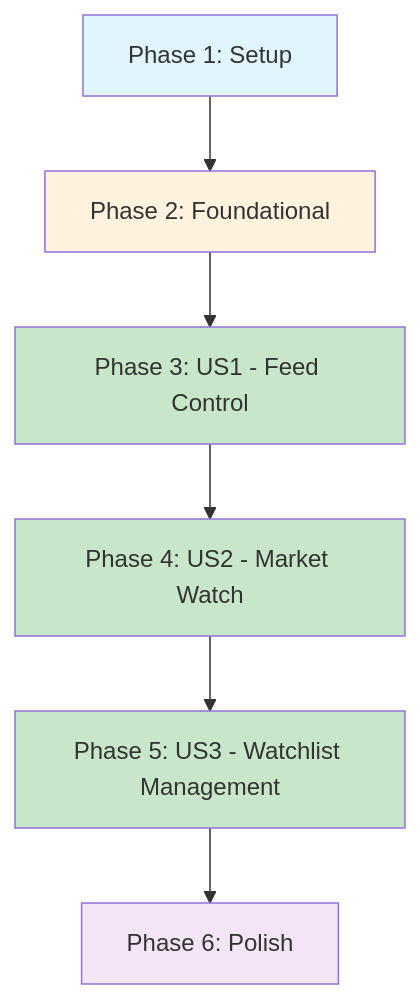
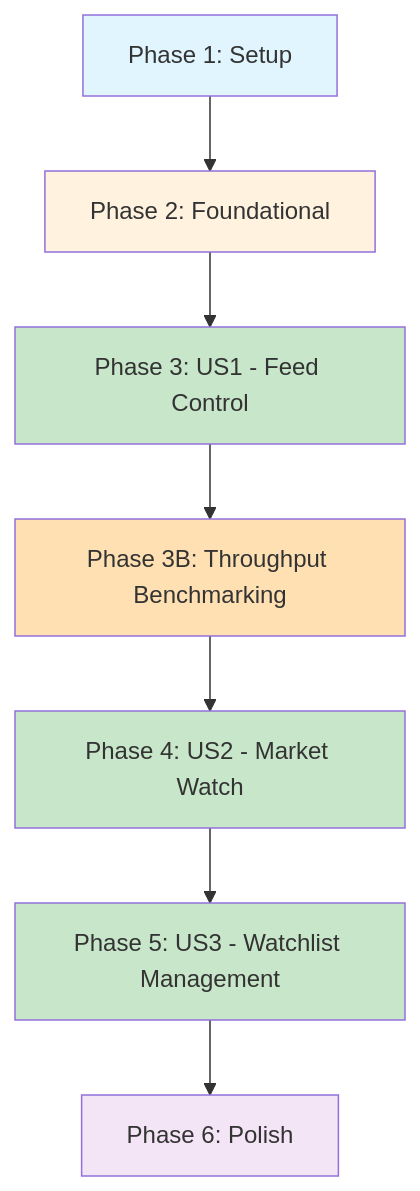
Before and after one commit to innatepassion/rnexchange: the diagram in specs/002-mock-market-data/tasks.md, drawn with Mermaid. The commit also changed other lines of this file and 3 other files, not shown here.

````diff
--- a/specs/002-mock-market-data/tasks.md
+++ b/specs/002-mock-market-data/tasks.md
@@ -34,15 +34,17 @@
 ```mermaid
 graph TD
     Setup[Phase 1: Setup] --> Foundation[Phase 2: Foundational]
     Foundation --> US1[Phase 3: US1 - Feed Control]
-    US1 --> US2[Phase 4: US2 - Market Watch]
+    US1 --> Perf[Phase 3B: Throughput Benchmarking]
+    Perf --> US2[Phase 4: US2 - Market Watch]
     US2 --> US3[Phase 5: US3 - Watchlist Management]
     US3 --> Polish[Phase 6: Polish]
 
     style Setup fill:#e1f5fe
     style Foundation fill:#fff3e0
     style US1 fill:#c8e6c9
+    style Perf fill:#ffe0b2
     style US2 fill:#c8e6c9
     style US3 fill:#c8e6c9
     style Polish fill:#f3e5f5
 ```
````
